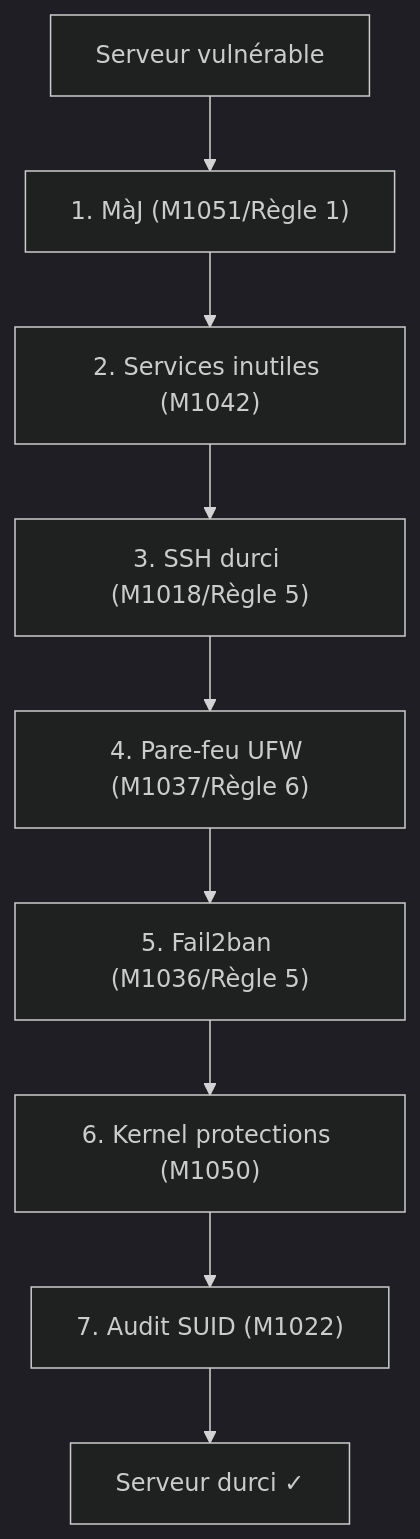
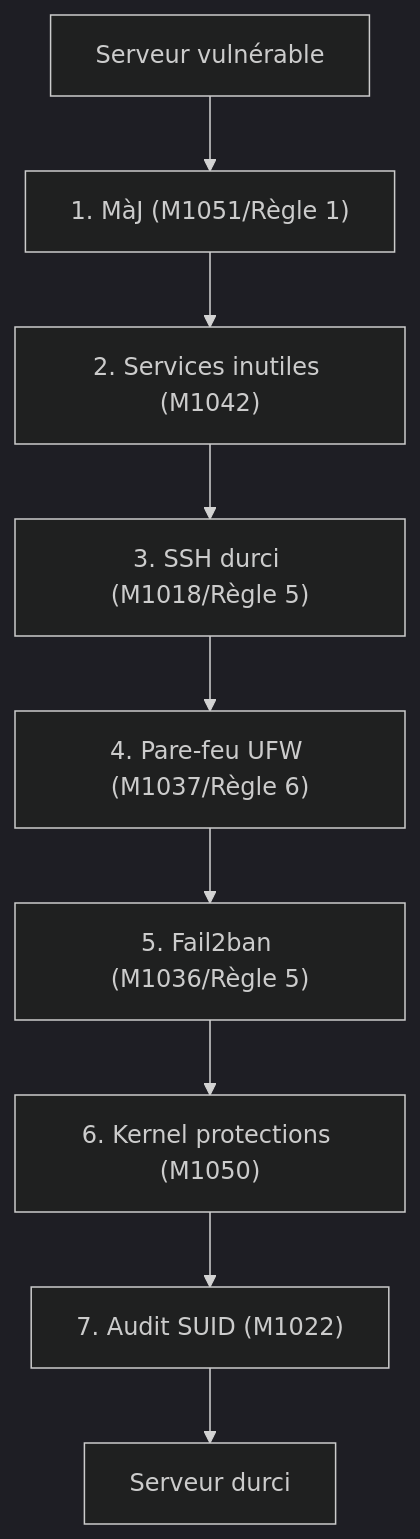
One commit to yugmerabtene/techniques-de-hacking-niveau-1 changed the second of 2 diagrams in JOUR-04-contre-mesures-securisation-systemes.md. Above: the diagram before and after it, drawn with Mermaid (dark theme). The commit also changed other lines of this file and 7 other files, not shown here.

````diff
--- a/JOUR-04-contre-mesures-securisation-systemes.md
+++ b/JOUR-04-contre-mesures-securisation-systemes.md
@@ -74,11 +74,11 @@
 ```mermaid
 flowchart TB
     A["Serveur vulnérable"] --> B["1. MàJ (M1051/Règle 1)"]
     B --> C["2. Services inutiles (M1042)"]
     C --> D["3. SSH durci (M1018/Règle 5)"]
     D --> E["4. Pare-feu UFW (M1037/Règle 6)"]
     E --> F["5. Fail2ban (M1036/Règle 5)"]
     F --> G["6. Kernel protections (M1050)"]
     G --> H["7. Audit SUID (M1022)"]
-    H --> I["Serveur durci ✓"]
+    H --> I["Serveur durci "]
 ```
````
